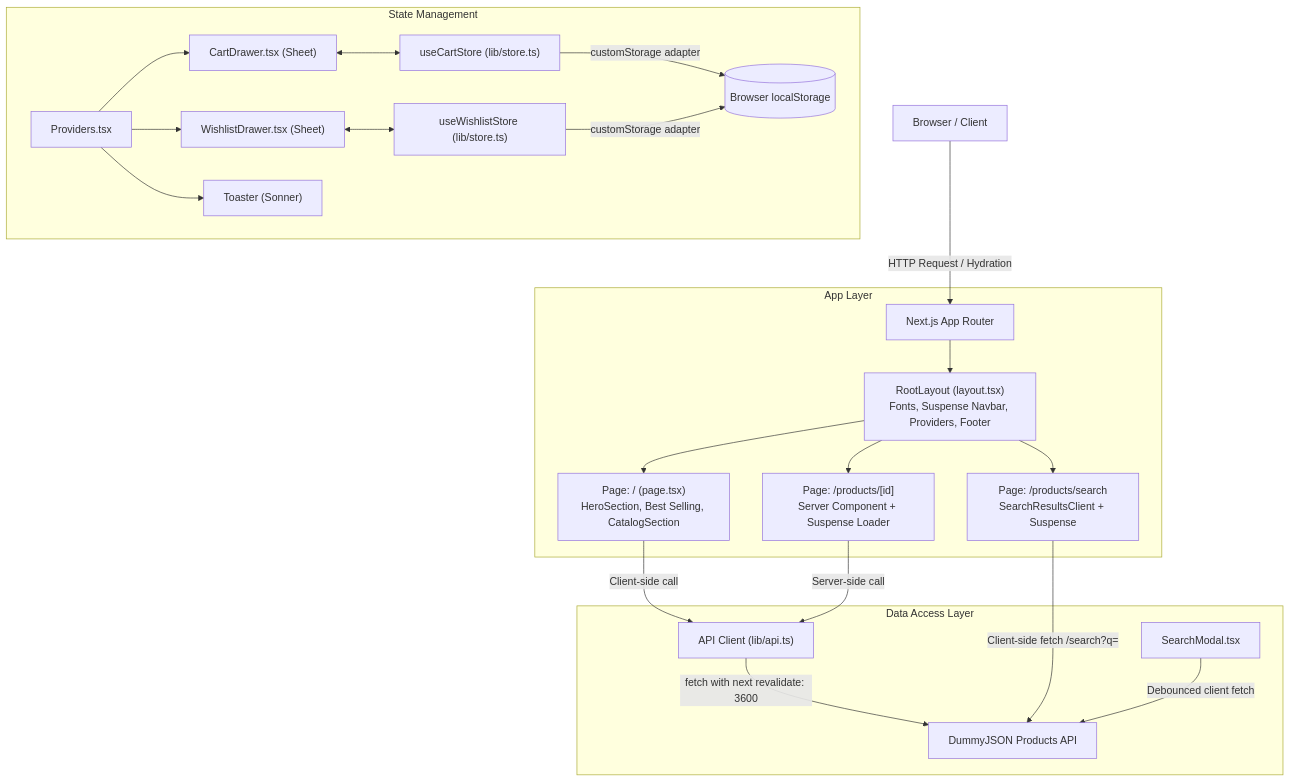
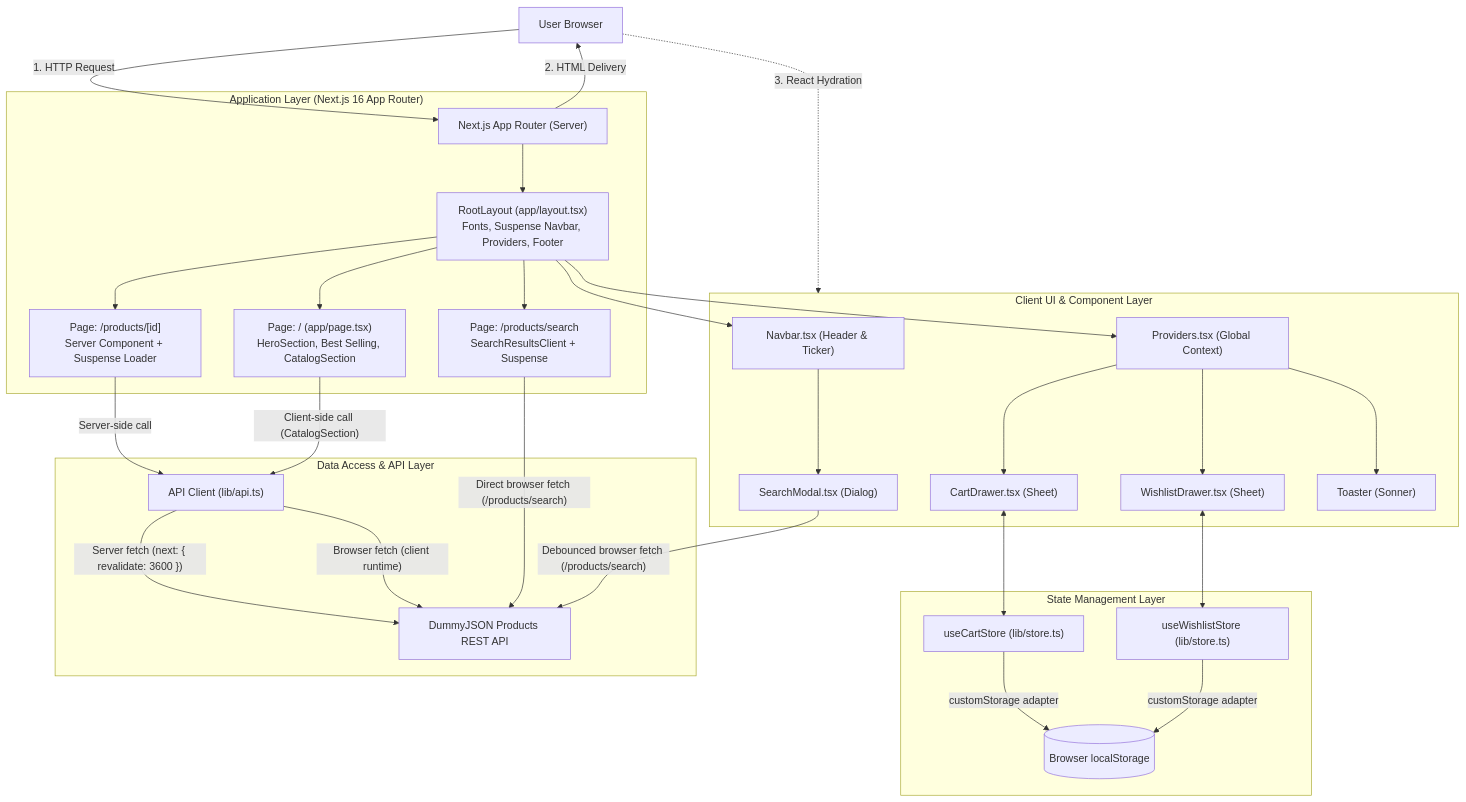
Before and after one commit to fatemedehghani/shop-ui: the diagram in README.md, drawn with Mermaid.

Commit message:
Improve README architecture documentation

````diff
--- a/README.md
+++ b/README.md
@@ -120,29 +120,48 @@
 ```mermaid
 graph TD
-    Client[Browser / Client] -->|HTTP Request / Hydration| AppRouter[Next.js App Router]
+    %% Browser & Server Core Lifecycle
+    Browser["User Browser"] -->|"1. HTTP Request"| AppRouter["Next.js App Router (Server)"]
+    AppRouter -->|"2. HTML Delivery"| Browser
+    Browser -.->|"3. React Hydration"| ClientUI["Client Components & State"]
 
-    subgraph App Layer
-        AppRouter --> Layout["RootLayout (layout.tsx)<br/>Fonts, Suspense Navbar, Providers, Footer"]
-        Layout --> HomePage["Page: / (page.tsx)<br/>HeroSection, Best Selling, CatalogSection"]
+    %% Server Application Layer
+    subgraph AppLayer["Application Layer (Next.js 16 App Router)"]
+        AppRouter --> Layout["RootLayout (app/layout.tsx)<br/>Fonts, Suspense Navbar, Providers, Footer"]
+        Layout --> HomePage["Page: / (app/page.tsx)<br/>HeroSection, Best Selling, CatalogSection"]
         Layout --> DetailPage["Page: /products/[id]<br/>Server Component + Suspense Loader"]
         Layout --> SearchPage["Page: /products/search<br/>SearchResultsClient + Suspense"]
     end
 
-    subgraph Data Access Layer
-        HomePage -->|Client-side call| APIClient["API Client (lib/api.ts)"]
-        DetailPage -->|Server-side call| APIClient
-        APIClient -->|fetch with next revalidate: 3600| DummyAPI["DummyJSON Products API"]
-        SearchPage -->|Client-side fetch /search?q=| DummyAPI
-        SearchModal["SearchModal.tsx"] -->|Debounced client fetch| DummyAPI
+    %% Client UI Layer
+    subgraph ClientUI["Client UI & Component Layer"]
+        Layout --> Navbar["Navbar.tsx (Header & Ticker)"]
+        Navbar --> SearchModal["SearchModal.tsx (Dialog)"]
+        Layout --> Providers["Providers.tsx (Global Context)"]
+        Providers --> CartDrawer["CartDrawer.tsx (Sheet)"]
+        Providers --> WishlistDrawer["WishlistDrawer.tsx (Sheet)"]
+        Providers --> Toaster["Toaster (Sonner)"]
     end
 
-    subgraph State Management
-        Providers["Providers.tsx"] --> CartDrawer["CartDrawer.tsx (Sheet)"]
-        Providers --> WishlistDrawer["WishlistDrawer.tsx (Sheet)"]
-        Providers --> Toaster["Toaster (Sonner)"]
+    %% State Management Layer
+    subgraph StateManagement["State Management Layer"]
         CartDrawer <--> ZustandCart["useCartStore (lib/store.ts)"]
         WishlistDrawer <--> ZustandWishlist["useWishlistStore (lib/store.ts)"]
         ZustandCart -->|customStorage adapter| LocalStorage[(Browser localStorage)]
         ZustandWishlist -->|customStorage adapter| LocalStorage
     end
+
+    %% Data Access & API Layer
+    subgraph DataAccess["Data Access & API Layer"]
+        %% Server Data Fetching via Centralized API Client (with Next.js cache revalidation)
+        DetailPage -->|"Server-side call"| APIClient["API Client (lib/api.ts)"]
+        APIClient -->|"Server fetch (next: { revalidate: 3600 })"| DummyAPI["DummyJSON Products REST API"]
+
+        %% Client Data Fetching via Centralized API Client (Catalog)
+        HomePage -->|"Client-side call (CatalogSection)"| APIClient
+        APIClient -->|"Browser fetch (client runtime)"| DummyAPI
+
+        %% Direct Client-Side Fetching (Search)
+        SearchPage -->|"Direct browser fetch (/products/search)"| DummyAPI
+        SearchModal -->|"Debounced browser fetch (/products/search)"| DummyAPI
+    end
 ```
````
